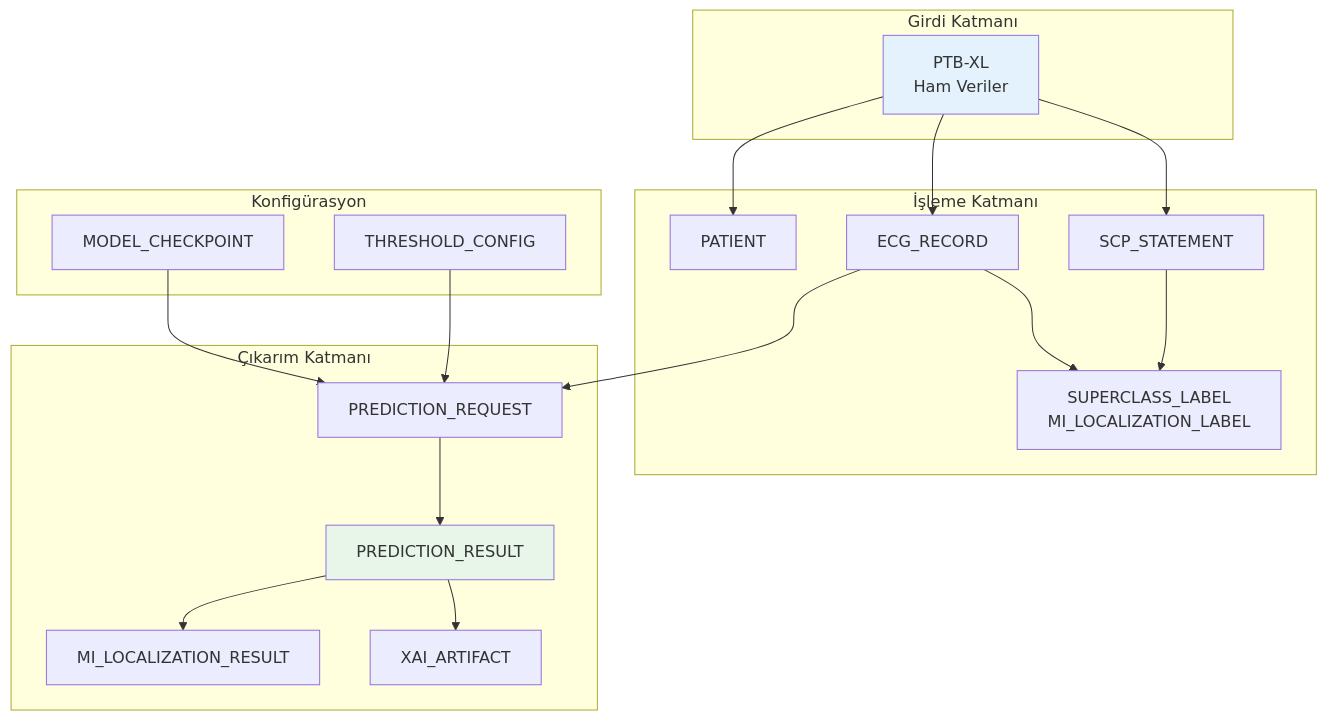
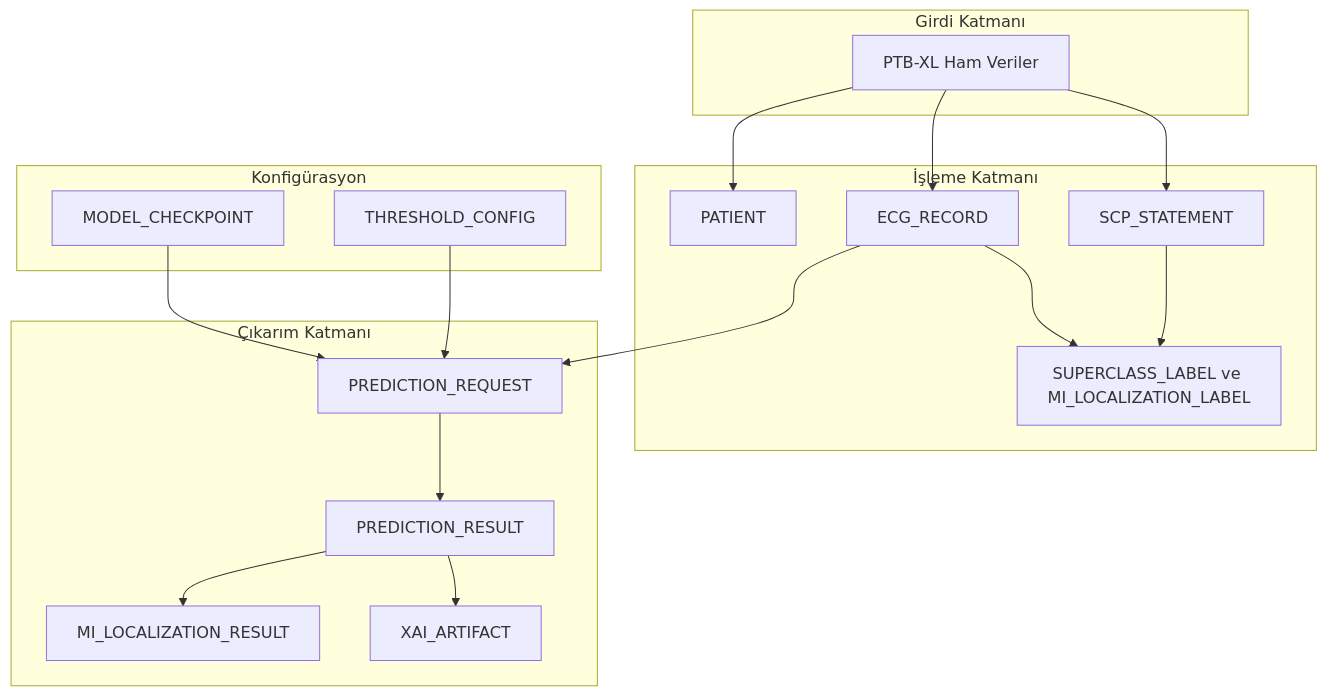
Before and after one commit to mUsaulug/CardioGuard-AI: the fifth of 5 diagrams in docs/diagrams/04_erd_diagram.md, drawn with Mermaid. The commit also changed other lines of this file and 5 other files, not shown here.

````diff
--- a/docs/diagrams/04_erd_diagram.md
+++ b/docs/diagrams/04_erd_diagram.md
@@ -443,37 +390,38 @@
 ```mermaid
 flowchart TB
-    subgraph Input["Girdi Katmanı"]
-        PTBXL["PTB-XL<br/>Ham Veriler"]
+    subgraph Girdi_Katmani["Girdi Katmanı"]
+        PTBXL["PTB-XL Ham Veriler"]
     end
     
-    subgraph Processing["İşleme Katmanı"]
+    subgraph Isleme_Katmani["İşleme Katmanı"]
         PATIENT_TBL["PATIENT"]
         ECG_TBL["ECG_RECORD"]
         SCP_TBL["SCP_STATEMENT"]
-        LABEL_TBL["SUPERCLASS_LABEL<br/>MI_LOCALIZATION_LABEL"]
+        LABEL_TBL["SUPERCLASS_LABEL ve MI_LOCALIZATION_LABEL"]
     end
     
-    subgraph Inference["Çıkarım Katmanı"]
+    subgraph Cikarim_Katmani["Çıkarım Katmanı"]
         REQUEST["PREDICTION_REQUEST"]
         RESULT["PREDICTION_RESULT"]
         MILOC["MI_LOCALIZATION_RESULT"]
         XAI["XAI_ARTIFACT"]
     end
     
-    subgraph Config["Konfigürasyon"]
+    subgraph Konfigurasyon["Konfigürasyon"]
         MODEL["MODEL_CHECKPOINT"]
         THRESH["THRESHOLD_CONFIG"]
     end
     
-    PTBXL --> PATIENT_TBL & ECG_TBL & SCP_TBL
+    PTBXL --> PATIENT_TBL
+    PTBXL --> ECG_TBL
+    PTBXL --> SCP_TBL
     ECG_TBL --> LABEL_TBL
     SCP_TBL --> LABEL_TBL
     
     ECG_TBL --> REQUEST
-    MODEL & THRESH --> REQUEST
+    MODEL --> REQUEST
+    THRESH --> REQUEST
     REQUEST --> RESULT
-    RESULT --> MILOC & XAI
-    
-    style PTBXL fill:#e3f2fd
-    style RESULT fill:#e8f5e9
+    RESULT --> MILOC
+    RESULT --> XAI
 ```
````
